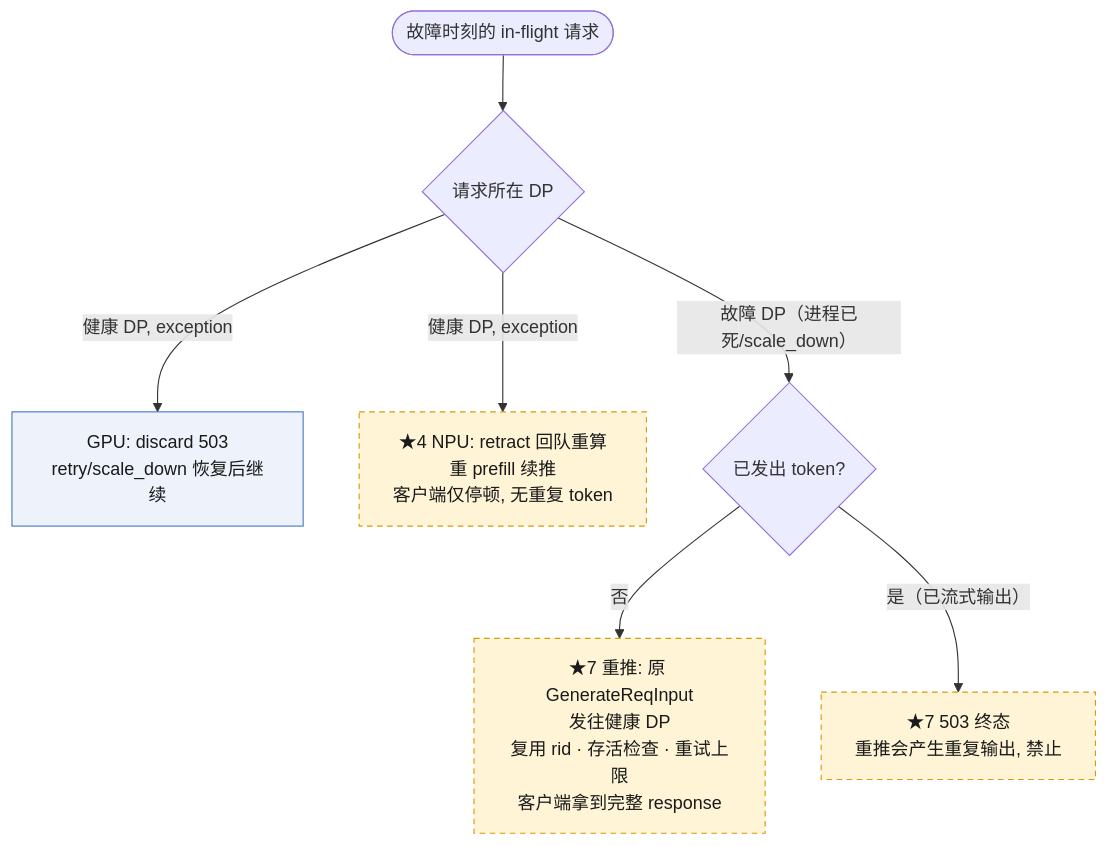
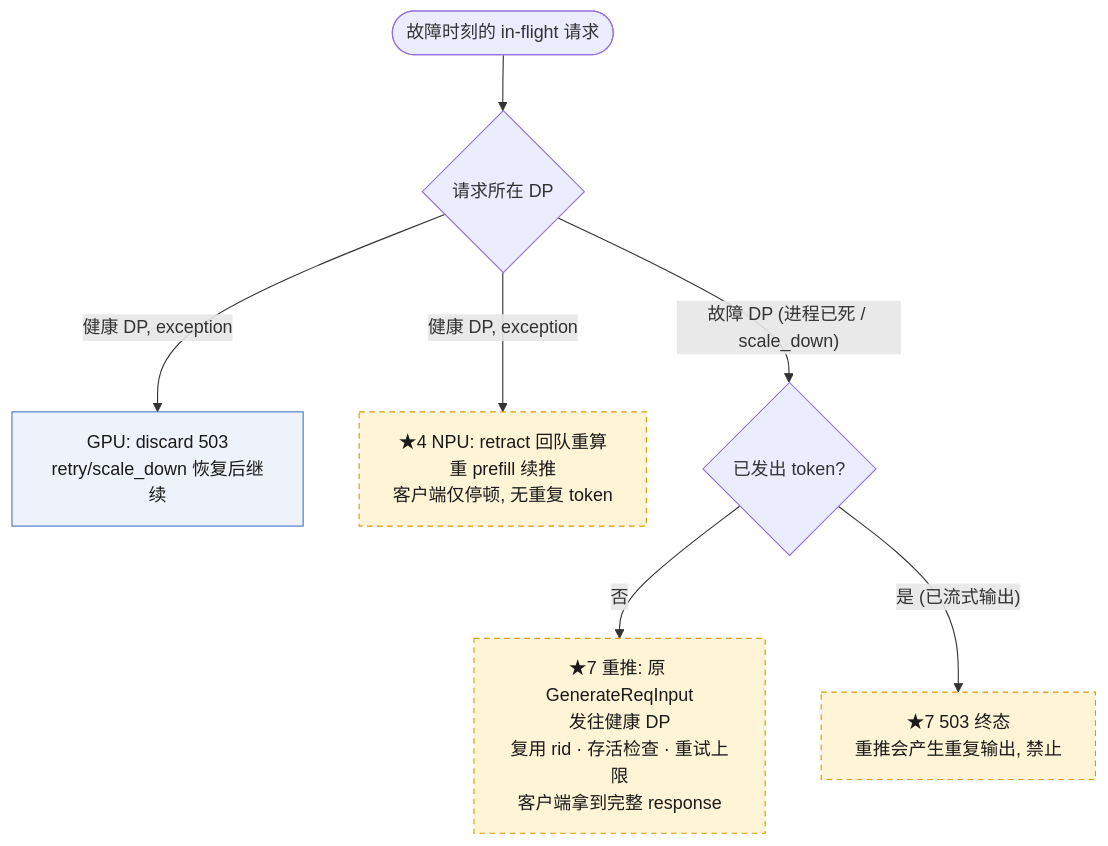
The second of 3 diagrams in sglang/npu/SGLang-NPU-DP-FT-GPU兼容适配方案.md (gaidandawang-afk/DesignDoc), drawn with Mermaid before and after one commit. The commit also changed other lines of this file, not shown here.

Commit message:
docs(sglang): quote edge labels and clean sequence messages for mermaid
Quote 6.2 edge labels and replace em-dash + semicolon in the 6.3 retry
message so the remaining two diagrams render on GitHub.

````diff
--- a/sglang/npu/SGLang-NPU-DP-FT-GPU兼容适配方案.md
+++ b/sglang/npu/SGLang-NPU-DP-FT-GPU兼容适配方案.md
@@ -328,13 +328,13 @@
 ```mermaid
 flowchart TD
     classDef gpu fill:#eef3fb,stroke:#4a78c2,color:#1a1a1a
     classDef npu fill:#fff4d6,stroke:#d99a06,color:#1a1a1a,stroke-dasharray:5 4
 
-    R([故障时刻的 in-flight 请求])
-    R --> H{请求所在 DP}
-    H -->|健康 DP, exception| HG[GPU: discard 503<br/>retry/scale_down 恢复后继续]:::gpu
-    H -->|健康 DP, exception| HN[★4 NPU: retract 回队重算<br/>重 prefill 续推<br/>客户端仅停顿, 无重复 token]:::npu
-    H -->|故障 DP（进程已死/scale_down）| FD{已发出 token?}
-    FD -->|否| RP[★7 重推: 原 GenerateReqInput<br/>发往健康 DP<br/>复用 rid · 存活检查 · 重试上限<br/>客户端拿到完整 response]:::npu
-    FD -->|是（已流式输出）| K5[★7 503 终态<br/>重推会产生重复输出, 禁止]:::npu
+    R(["故障时刻的 in-flight 请求"])
+    R --> H{"请求所在 DP"}
+    H -->|"健康 DP, exception"| HG["GPU: discard 503<br/>retry/scale_down 恢复后继续"]:::gpu
+    H -->|"健康 DP, exception"| HN["★4 NPU: retract 回队重算<br/>重 prefill 续推<br/>客户端仅停顿, 无重复 token"]:::npu
+    H -->|"故障 DP (进程已死 / scale_down)"| FD{"已发出 token?"}
+    FD -->|"否"| RP["★7 重推: 原 GenerateReqInput<br/>发往健康 DP<br/>复用 rid · 存活检查 · 重试上限<br/>客户端拿到完整 response"]:::npu
+    FD -->|"是 (已流式输出)"| K5["★7 503 终态<br/>重推会产生重复输出, 禁止"]:::npu
 ```
````
